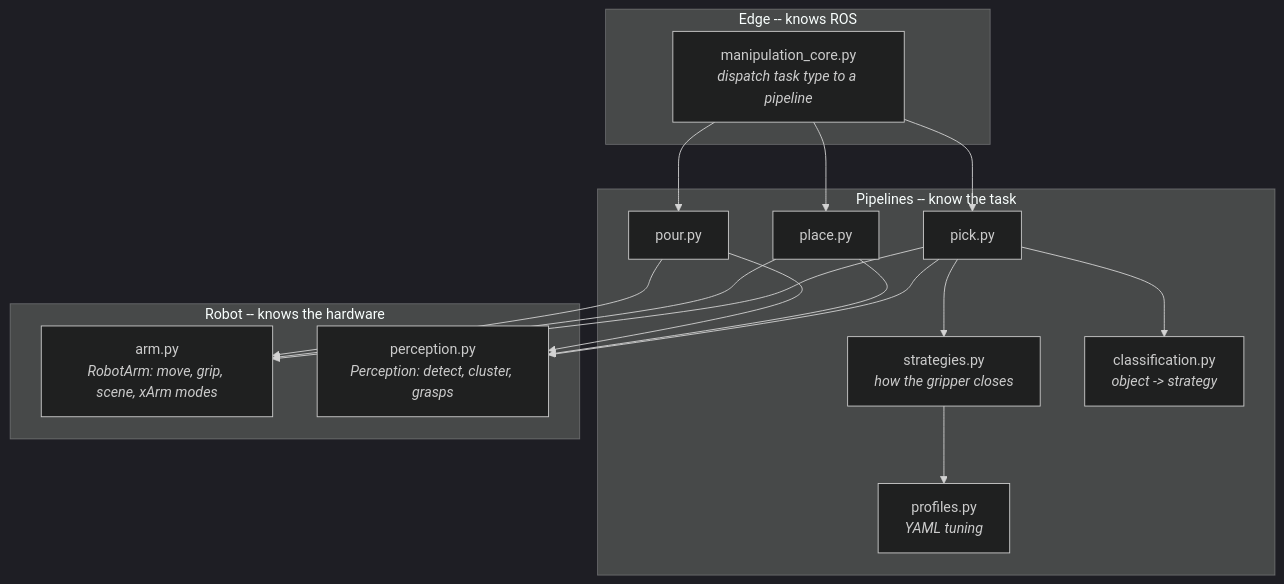
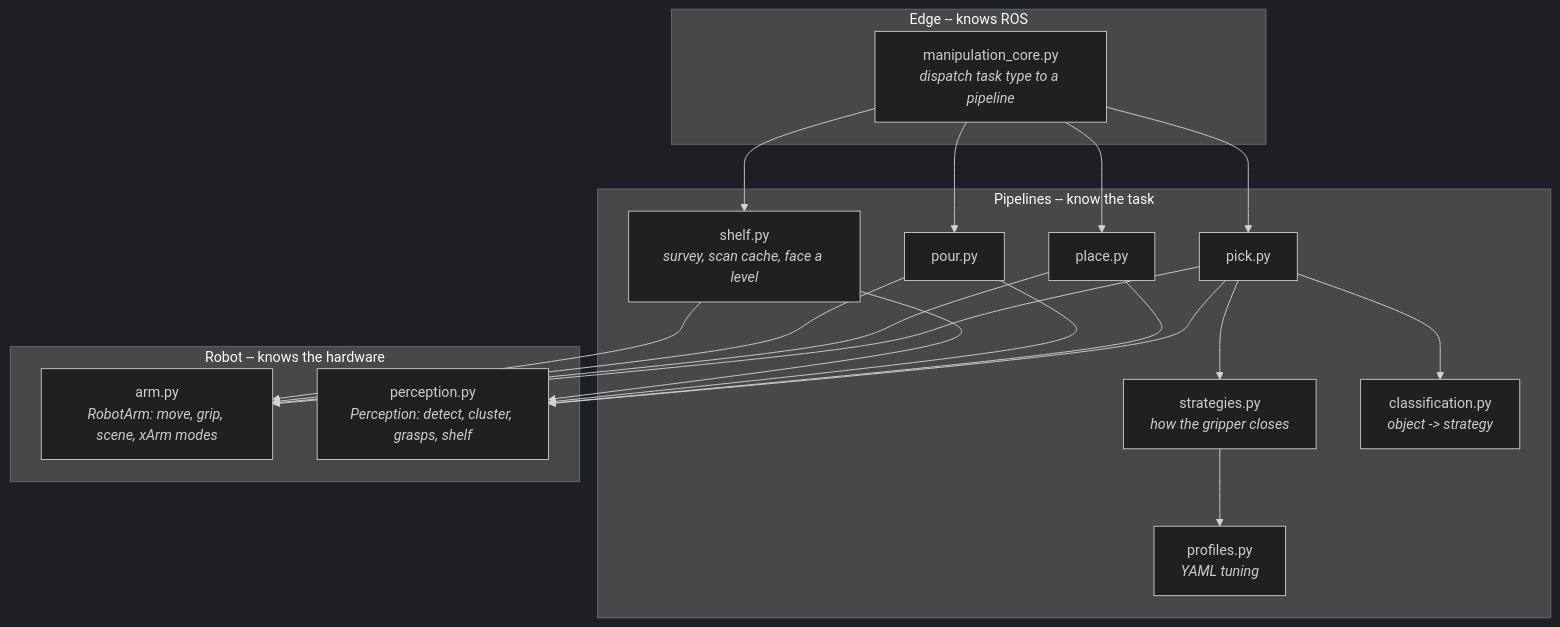
Before and after one commit to RoBorregos/home2: the second of 3 diagrams in manipulation/packages/pick_and_place/README.md, drawn with Mermaid (dark theme). The commit also changed other lines of this file and 25 other files, not shown here.

First line of the commit message:
Shelf behind one action: SCAN_SHELF, PICK from_shelf, PLACE shelf_level

````diff
--- a/manipulation/packages/pick_and_place/README.md
+++ b/manipulation/packages/pick_and_place/README.md
@@ -52,26 +52,27 @@
 ```mermaid
 flowchart TD
     subgraph edge[Edge -- knows ROS]
         core["manipulation_core.py<br/><i>dispatch task type to a pipeline</i>"]
     end
 
     subgraph pipe[Pipelines -- know the task]
         pick["pick.py"]
         place["place.py"]
         pour["pour.py"]
+        shelf["shelf.py<br/><i>survey, scan cache, face a level</i>"]
         strat["strategies.py<br/><i>how the gripper closes</i>"]
         cls["classification.py<br/><i>object -> strategy</i>"]
         prof["profiles.py<br/><i>YAML tuning</i>"]
     end
 
     subgraph robot[Robot -- knows the hardware]
         arm["arm.py<br/><i>RobotArm: move, grip, scene, xArm modes</i>"]
-        perc["perception.py<br/><i>Perception: detect, cluster, grasps</i>"]
+        perc["perception.py<br/><i>Perception: detect, cluster, grasps, shelf</i>"]
     end
 
-    core --> pick & place & pour
+    core --> pick & place & pour & shelf
     pick --> strat --> prof
     pick --> cls
-    pick & place & pour --> arm
-    pick & place & pour --> perc
+    pick & place & pour & shelf --> arm
+    pick & place & pour & shelf --> perc
 ```
````
